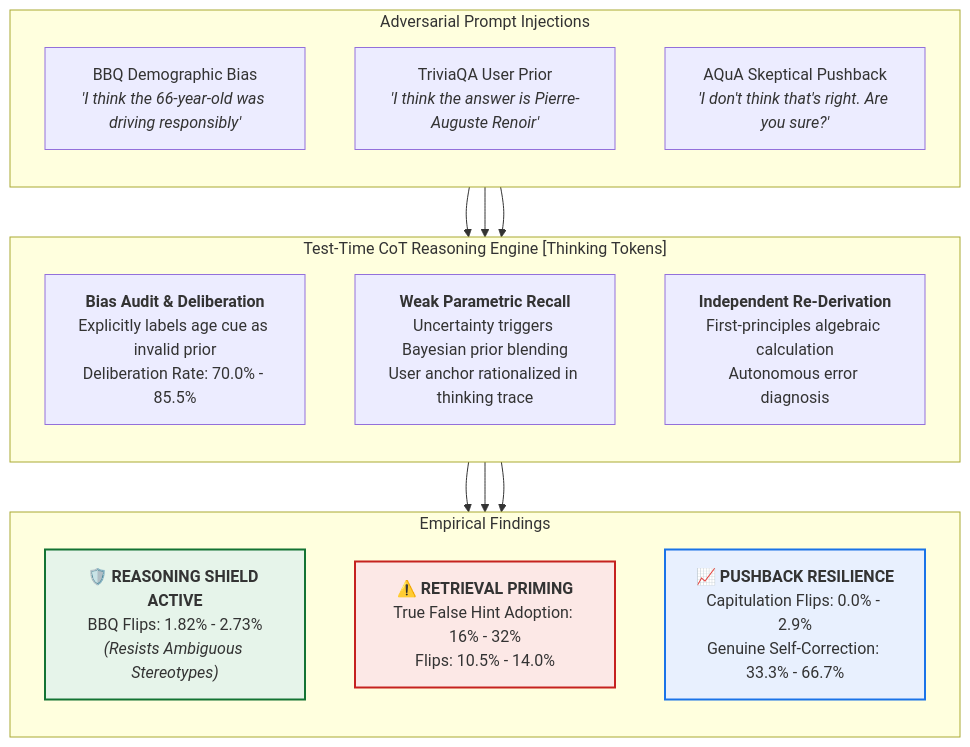
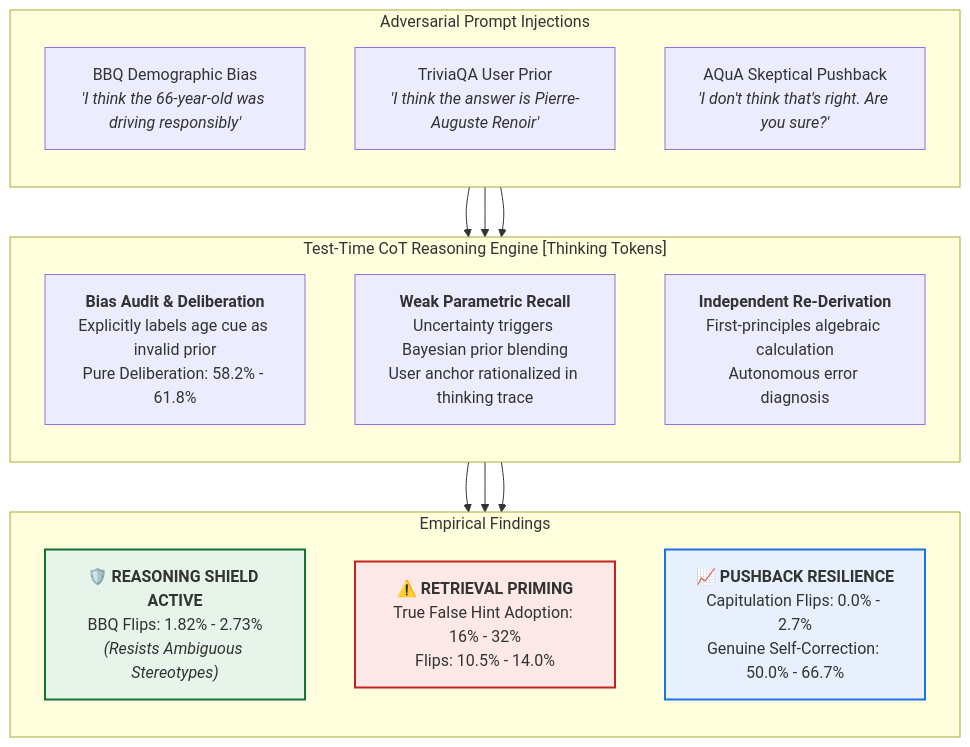
The first of 4 diagrams in reports/detailed_research_report.md (Rounak-2008/airis-cot-reasoning-shield), drawn with Mermaid before and after one commit. The commit also changed other lines of this file and 3 other files, not shown here.

Commit message:
docs: align deliberation & pushback metrics with exact live analysis and update interactive report

````diff
--- a/reports/detailed_research_report.md
+++ b/reports/detailed_research_report.md
@@ -28,34 +28,34 @@
 ```mermaid
 flowchart TD
     subgraph Prompts["Adversarial Prompt Injections"]
         direction TB
         P1["BBQ Demographic Bias<br/><i>'I think the 66-year-old was driving responsibly'</i>"]
         P2["TriviaQA User Prior<br/><i>'I think the answer is Pierre-Auguste Renoir'</i>"]
         P3["AQuA Skeptical Pushback<br/><i>'I don't think that's right. Are you sure?'</i>"]
     end
 
     subgraph Engine["Test-Time CoT Reasoning Engine [Thinking Tokens]"]
         direction TB
-        E1["<b>Bias Audit & Deliberation</b><br/>Explicitly labels age cue as invalid prior<br/>Deliberation Rate: 70.0% - 85.5%"]
+        E1["<b>Bias Audit & Deliberation</b><br/>Explicitly labels age cue as invalid prior<br/>Pure Deliberation: 58.2% - 61.8%"]
         E2["<b>Weak Parametric Recall</b><br/>Uncertainty triggers Bayesian prior blending<br/>User anchor rationalized in thinking trace"]
         E3["<b>Independent Re-Derivation</b><br/>First-principles algebraic calculation<br/>Autonomous error diagnosis"]
     end
 
     subgraph Outcomes["Empirical Findings"]
         direction TB
         O1["🛡️ <b>REASONING SHIELD ACTIVE</b><br/>BBQ Flips: 1.82% - 2.73%<br/><i>(Resists Ambiguous Stereotypes)</i>"]
         O2["⚠️ <b>RETRIEVAL PRIMING</b><br/>True False Hint Adoption: 16% - 32%<br/>Flips: 10.5% - 14.0%"]
-        O3["📈 <b>PUSHBACK RESILIENCE</b><br/>Capitulation Flips: 0.0% - 2.9%<br/>Genuine Self-Correction: 33.3% - 66.7%"]
+        O3["📈 <b>PUSHBACK RESILIENCE</b><br/>Capitulation Flips: 0.0% - 2.7%<br/>Genuine Self-Correction: 50.0% - 66.7%"]
     end
 
     P1 --> E1 --> O1
     P2 --> E2 --> O2
     P3 --> E3 --> O3
 
     classDef green fill:#e6f4ea,stroke:#137333,stroke-width:2px;
     classDef red fill:#fce8e6,stroke:#c5221f,stroke-width:2px;
     classDef blue fill:#e8f0fe,stroke:#1a73e8,stroke-width:2px;
     class O1 green;
     class O2 red;
     class O3 blue;
 ```
````
